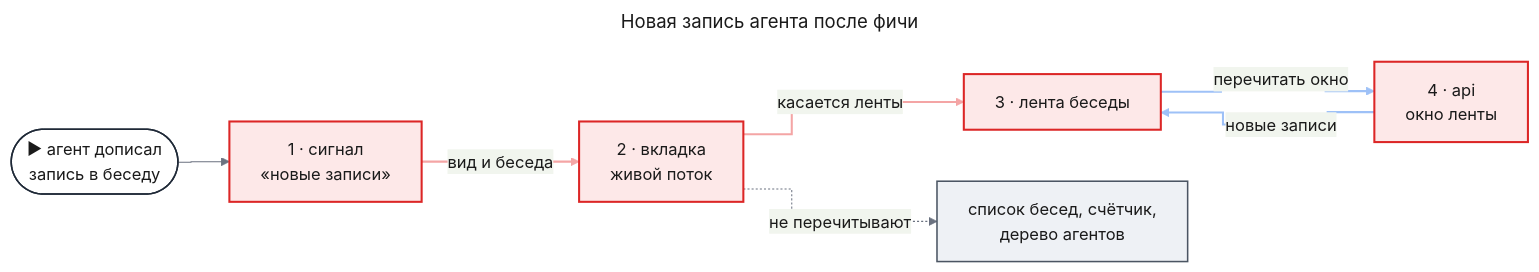
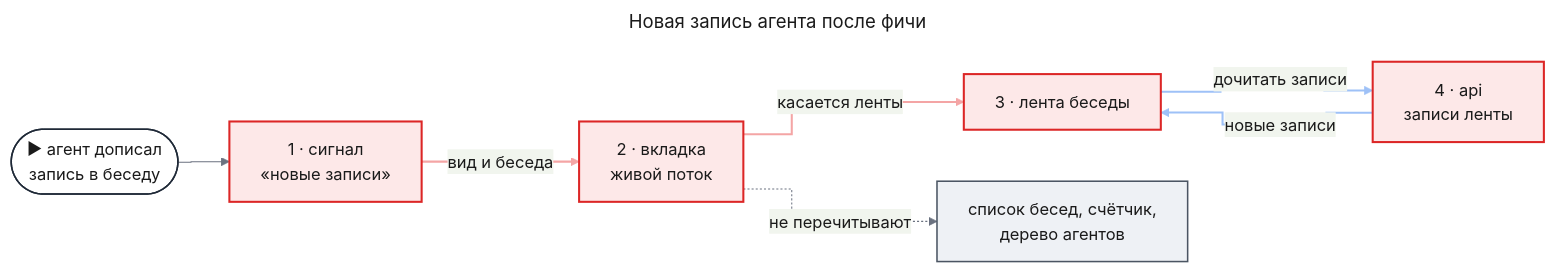
One commit to tundraray/agent-os changed the first of 3 diagrams in docs/features/live-feed/prd.md. Above: the diagram before and after it, drawn with Mermaid. The commit also changed other lines of this file, not shown here.

Commit message:
docs: align the live feed PRD with the simplified design

````diff
--- a/docs/features/live-feed/prd.md
+++ b/docs/features/live-feed/prd.md
@@ -37,45 +36,45 @@
 ```mermaid
 ---
 title: "Новая запись агента после фичи"
 config:
   theme: base
   look: classic
   themeVariables:
     primaryColor: "#eef1f5"
     primaryBorderColor: "#4b5563"
     primaryTextColor: "#1a1a1a"
     lineColor: "#6b7280"
   flowchart:
     curve: step
   themeCSS: |
     @keyframes lit_lf1{0%,22.5%{stroke:#991b1b;stroke-width:6px}25%,100%{stroke:#f4a5a5;stroke-width:2px}}
     @keyframes litr_lf1{0%,22.5%{stroke:#1d4ed8;stroke-width:6px}25%,100%{stroke:#9ec1f7;stroke-width:2px}}
 ---
 flowchart LR
     entry(["▶ агент дописал<br/>запись в беседу"])
     signal["1 · сигнал<br/>«новые записи»"]
     tab["2 · вкладка<br/>живой поток"]
     feed["3 · лента беседы"]
-    api["4 · api<br/>окно ленты"]
+    api["4 · api<br/>записи ленты"]
     rest["список бесед, счётчик,<br/>дерево агентов"]
     entry --> signal
     signal e1@-->|"вид и беседа"| tab
     tab e2@-->|"касается ленты"| feed
-    feed e3@-->|"перечитать окно"| api
+    feed e3@-->|"дочитать записи"| api
     api e4@-->|"новые записи"| feed
     tab -.->|"не перечитывают"| rest
     classDef entry fill:#ffffff,stroke:#1f2937,stroke-width:1.5px,color:#1a1a1a
     classDef changed fill:#fde8e8,stroke:#dc2626,stroke-width:2px,color:#1a1a1a
     classDef unchanged fill:#eef1f5,stroke:#4b5563,stroke-width:1.5px,color:#1a1a1a
     classDef w1 stroke:#f4a5a5,stroke-width:2px,animation:lit_lf1 4.8s linear 0s infinite
     classDef w2 stroke:#f4a5a5,stroke-width:2px,animation:lit_lf1 4.8s linear 1.2s infinite
     classDef r1 stroke:#9ec1f7,stroke-width:2px,animation:litr_lf1 4.8s linear 2.4s infinite
     classDef r2 stroke:#9ec1f7,stroke-width:2px,animation:litr_lf1 4.8s linear 3.6s infinite
     class entry entry
     class signal,tab,feed,api changed
     class rest unchanged
     class e1 w1
     class e2 w2
     class e3 r1
     class e4 r2
 ```
````
